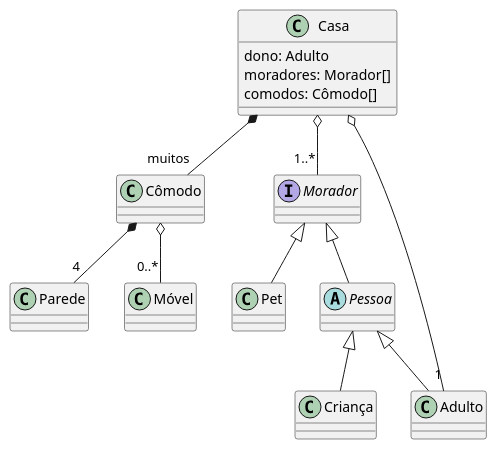
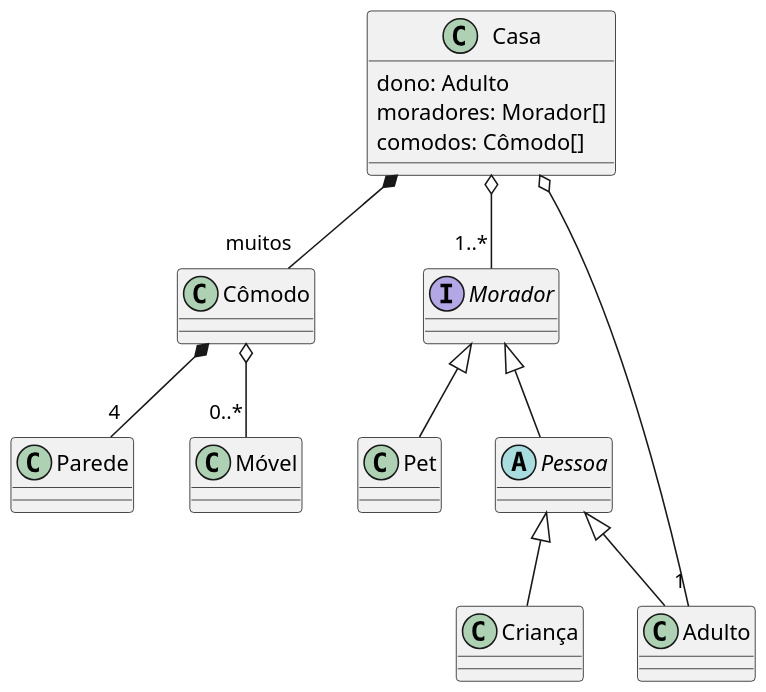
One commit to qxcodepoo/arcade changed the diagram in base/055/diagrama.puml. Above: the diagram before and after it, drawn with PlantUML. The commit also changed 26 other files, not shown here.

```diff
--- a/base/055/diagrama.puml
+++ b/base/055/diagrama.puml
@@ -1,47 +1,50 @@
 @startuml _diagrama
+
+skinparam defaultFontName Hasklig
+skinparam dpi 150
 
 class Casa {
     dono: Adulto
     moradores: Morador[]
     comodos: Cômodo[]
 }
 
 class Cômodo {
 }
 
 class Parede {
 }
 
 class Móvel {
 }
 
 
 interface Morador {
 }
 
 class Pet {
 
 }
 
 abstract class Pessoa {
 }
 
 class Criança {
 }
 
 class Adulto {
 
 }
 
 Casa *-- "muitos" Cômodo 
 Cômodo *-- "4" Parede
 Cômodo o-- "0..*" Móvel
 Casa o-- "1..*" Morador
 Morador <|-- Pet
 Morador <|-- Pessoa
 Casa o-- "1" Adulto
 Pessoa <|-- Criança
 Pessoa <|-- Adulto
 
 
 @enduml
```
